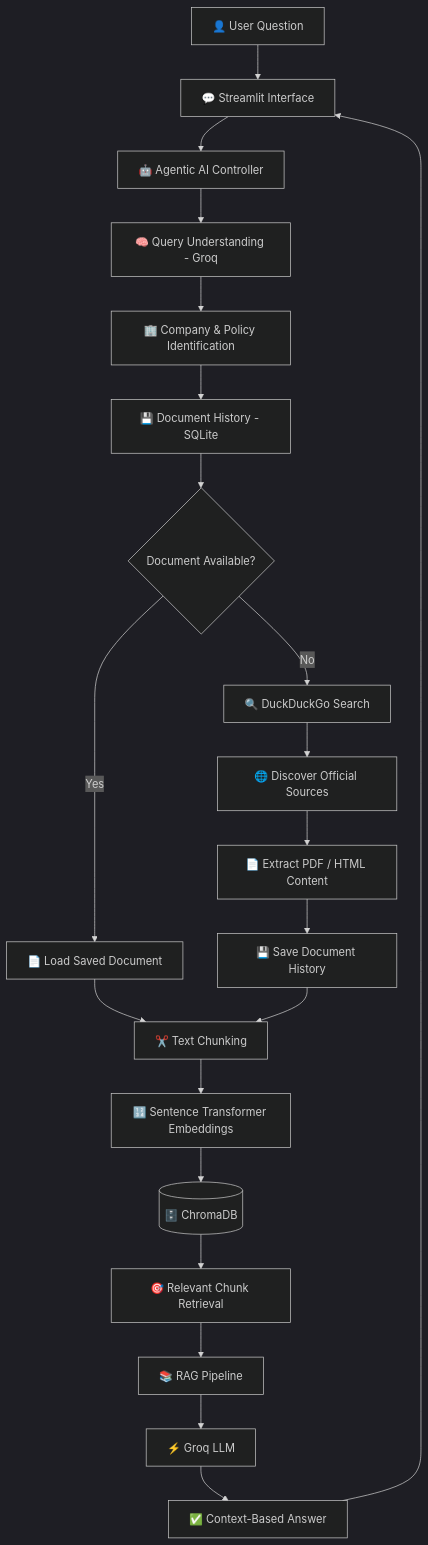
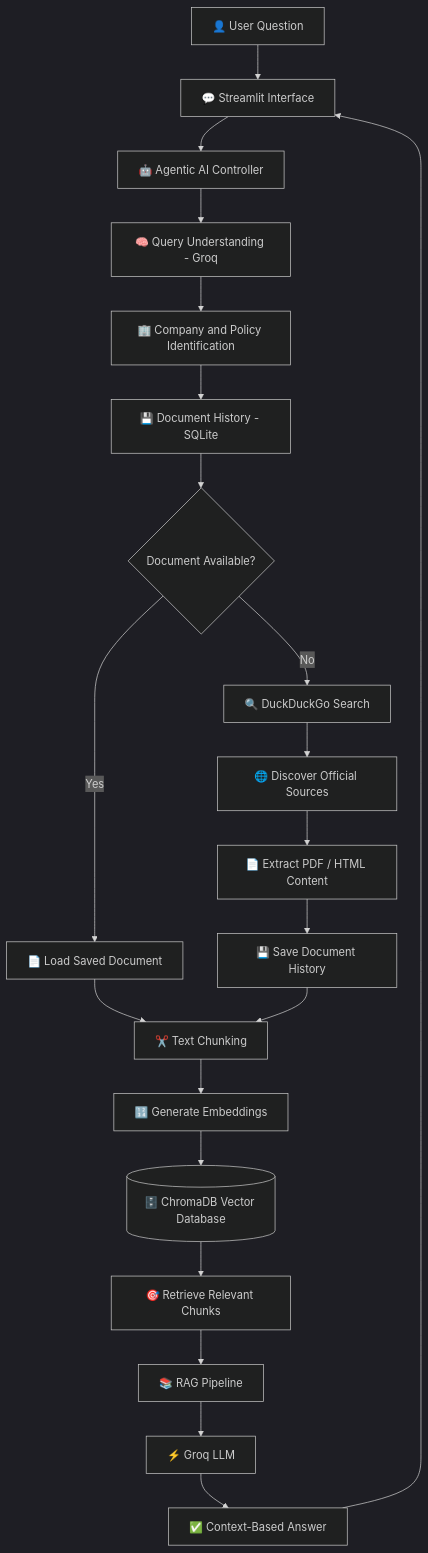
The diagram in README.md (arjunrajaner-code/PolicyPilot-AI), drawn with Mermaid (dark theme) before and after one commit. The commit also changed other lines of this file, not shown here.

````diff
--- a/README.md
+++ b/README.md
@@ -98,23 +122,29 @@
 ```mermaid
 flowchart TD
     A["👤 User Question"] --> B["💬 Streamlit Interface"]
     B --> C["🤖 Agentic AI Controller"]
     C --> D["🧠 Query Understanding - Groq"]
-    D --> E["🏢 Company & Policy Identification"]
+    D --> E["🏢 Company and Policy Identification"]
     E --> F["💾 Document History - SQLite"]
+
     F --> G{"Document Available?"}
+
     G -->|Yes| H["📄 Load Saved Document"]
     G -->|No| I["🔍 DuckDuckGo Search"]
+
     I --> J["🌐 Discover Official Sources"]
     J --> K["📄 Extract PDF / HTML Content"]
     K --> L["💾 Save Document History"]
+
     H --> M["✂️ Text Chunking"]
     L --> M
-    M --> N["🔢 Sentence Transformer Embeddings"]
-    N --> O[("🗄️ ChromaDB")]
-    O --> P["🎯 Relevant Chunk Retrieval"]
+
+    M --> N["🔢 Generate Embeddings"]
+    N --> O[("🗄️ ChromaDB Vector Database")]
+
+    O --> P["🎯 Retrieve Relevant Chunks"]
     P --> Q["📚 RAG Pipeline"]
     Q --> R["⚡ Groq LLM"]
     R --> S["✅ Context-Based Answer"]
     S --> B
 ```
````
